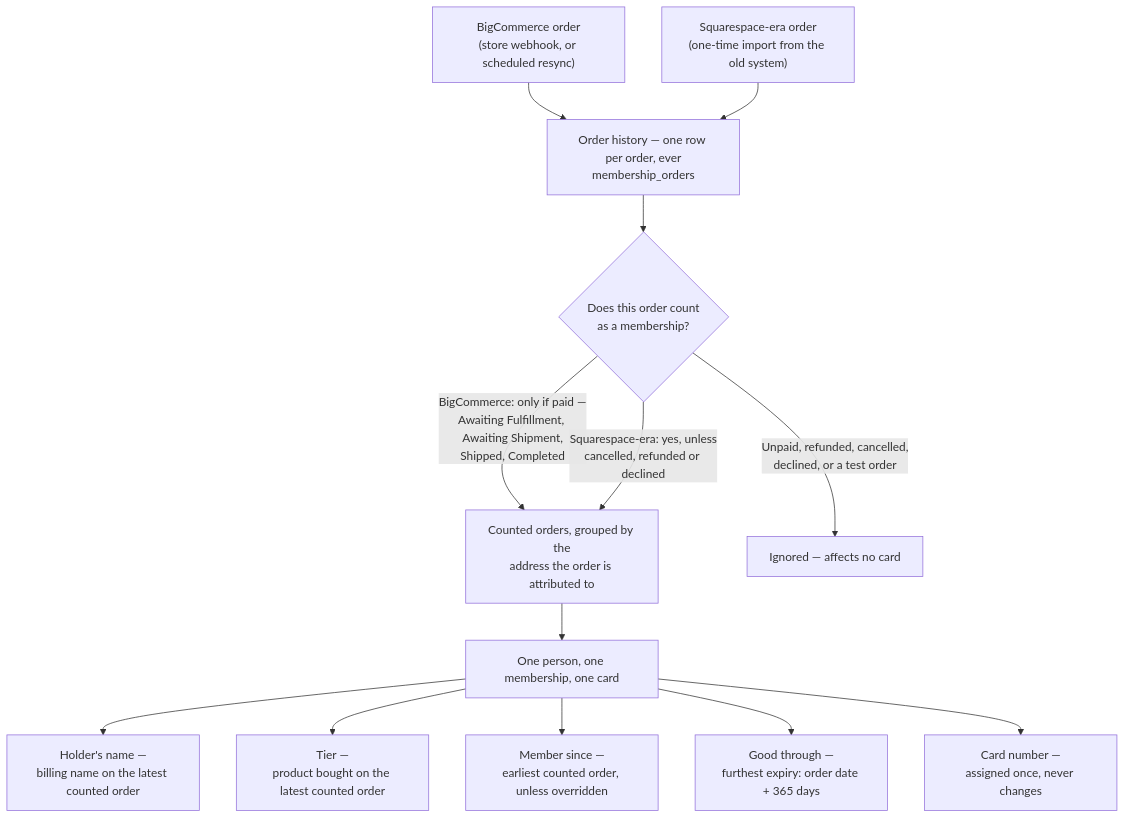
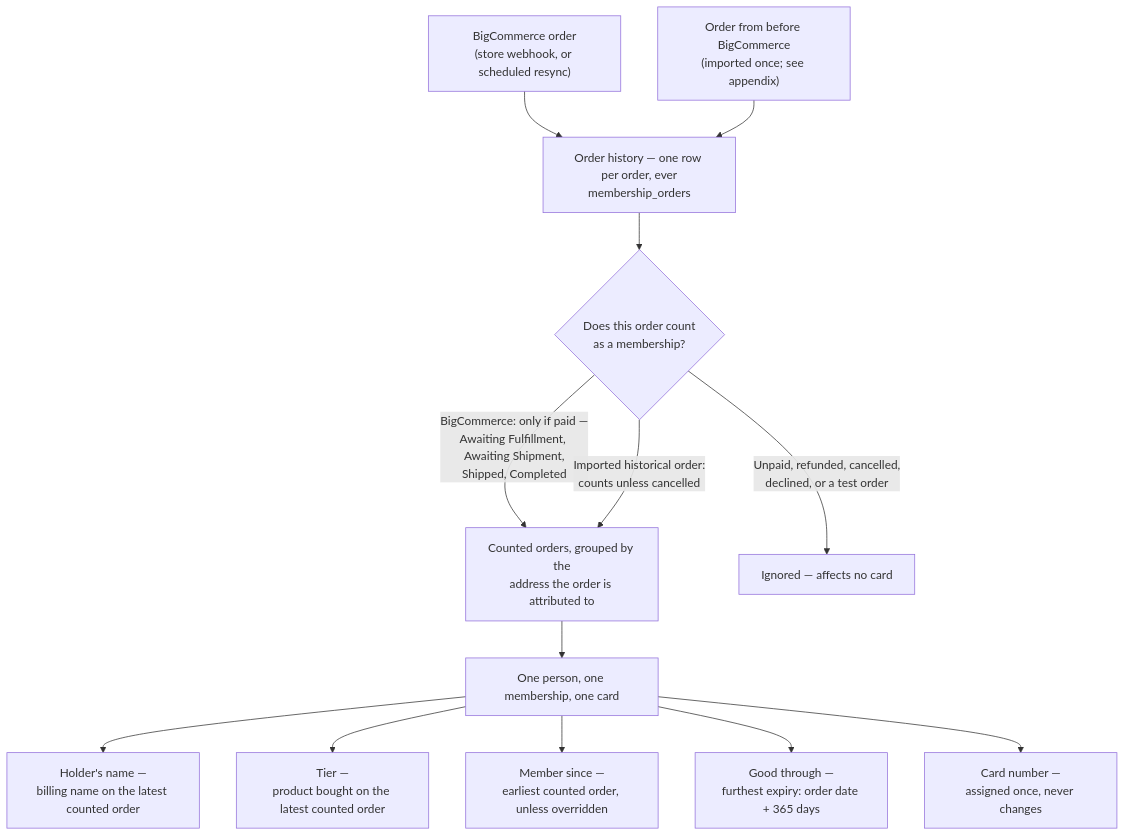
Before and after one commit to los-verdes/card-losverd-es: the first of 2 diagrams in docs/membership-card-provenance.md, drawn with Mermaid. The commit also changed other lines of this file, not shown here.

First line of the commit message:
Move the pre-BigCommerce orders into an appendix (#177)

````diff
--- a/docs/membership-card-provenance.md
+++ b/docs/membership-card-provenance.md
@@ -48,17 +46,17 @@
 ```mermaid
 flowchart TD
     BC["BigCommerce order<br/>(store webhook, or scheduled resync)"] --> HIST
-    SQ["Squarespace-era order<br/>(one-time import from the old system)"] --> HIST
+    SQ["Order from before BigCommerce<br/>(imported once; see appendix)"] --> HIST
     HIST["Order history — one row per order, ever<br/>membership_orders"]
     HIST --> COUNT{"Does this order count<br/>as a membership?"}
     COUNT -->|"BigCommerce: only if paid —<br/>Awaiting Fulfillment, Awaiting Shipment,<br/>Shipped, Completed"| KEEP
-    COUNT -->|"Squarespace-era: yes, unless<br/>cancelled, refunded or declined"| KEEP
+    COUNT -->|"Imported historical order:<br/>counts unless cancelled"| KEEP
     COUNT -->|"Unpaid, refunded, cancelled,<br/>declined, or a test order"| DROP["Ignored — affects no card"]
     KEEP["Counted orders, grouped by the<br/>address the order is attributed to"]
     KEEP --> CARD["One person, one membership, one card"]
     CARD --> F1["Holder's name —<br/>billing name on the latest counted order"]
     CARD --> F2["Tier —<br/>product bought on the latest counted order"]
     CARD --> F3["Member since —<br/>earliest counted order, unless overridden"]
     CARD --> F4["Good through —<br/>furthest expiry: order date + 365 days"]
     CARD --> F5["Card number —<br/>assigned once, never changes"]
 ```
````
